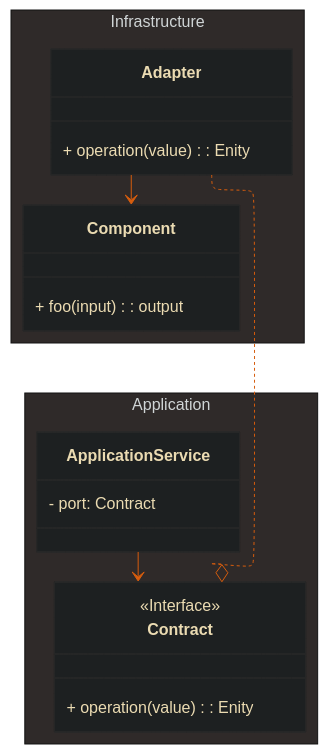
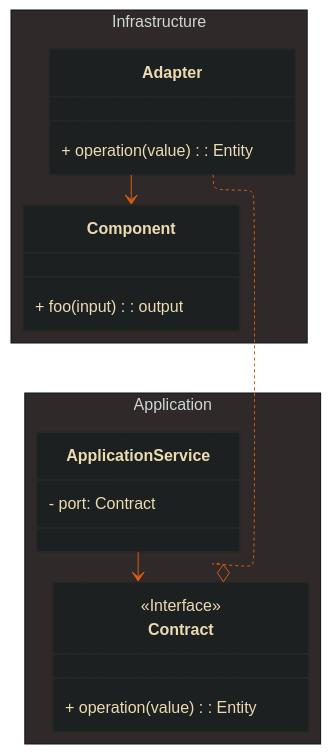
One commit to superhero/handbook changed the first of 10 diagrams in 2.core-architecture-principles.md. Above: the diagram before and after it, drawn with Mermaid. The commit also changed other lines of this file and 1 other file, not shown here.

````diff
--- a/2.core-architecture-principles.md
+++ b/2.core-architecture-principles.md
@@ -21,44 +21,44 @@
 ```mermaid
 ---
 
 config:
     layout: elk
     theme: base
     themeVariables:
         fontFamily: "monospace"
         background: "#3C3836"
         primaryColor: "#1D2021"
         primaryTextColor: "#EBDBB2"
         primaryBorderColor: "#282828"
         lineColor: "#D65D0E"
 
 ---
 
 classDiagram
     direction TB
 
 namespace Infrastructure {
     class Adapter {
-        + operation(value): Enity
+        + operation(value): Entity
     }
 
     class Component {
         + foo(input): output
     }
 }
 
 namespace Application {
     class ApplicationService {
         - port: Contract
     }
 
     class Contract {
         <<Interface>>
-        + operation(value): Enity
+        + operation(value): Entity
     }
 }
 
 ApplicationService --> Contract
 Adapter ..o Contract
 Adapter --> Component
 ```
````
